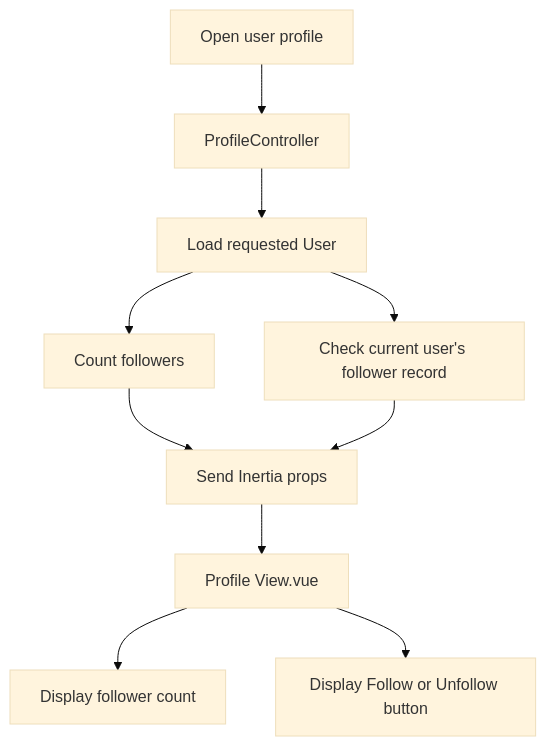
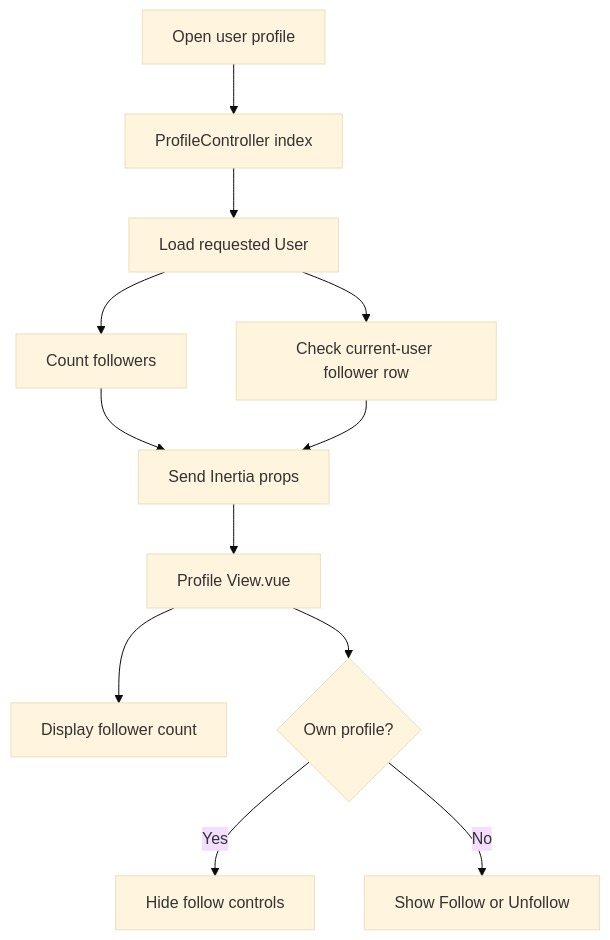
One commit to Paradox-Work/Poet-Web changed the diagram in docs/user-follow-flow.md. Above: the diagram before and after it, drawn with Mermaid (base theme). The commit also changed other lines of this file, not shown here.

Commit message:
docs: clarify user follow flow

````diff
--- a/docs/user-follow-flow.md
+++ b/docs/user-follow-flow.md
@@ -142,22 +147,26 @@
 ```mermaid
 flowchart TD
     A[Open user profile]
-    B[ProfileController]
+    B[ProfileController index]
     C[Load requested User]
     D[Count followers]
-    E[Check current user's follower record]
+    E[Check current-user follower row]
     F[Send Inertia props]
     G[Profile View.vue]
     H[Display follower count]
-    I[Display Follow or Unfollow button]
+    I{Own profile?}
+    J[Hide follow controls]
+    K[Show Follow or Unfollow]
 
     A --> B
     B --> C
     C --> D
     C --> E
     D --> F
     E --> F
     F --> G
     G --> H
     G --> I
+    I -- Yes --> J
+    I -- No --> K
 ```
````
